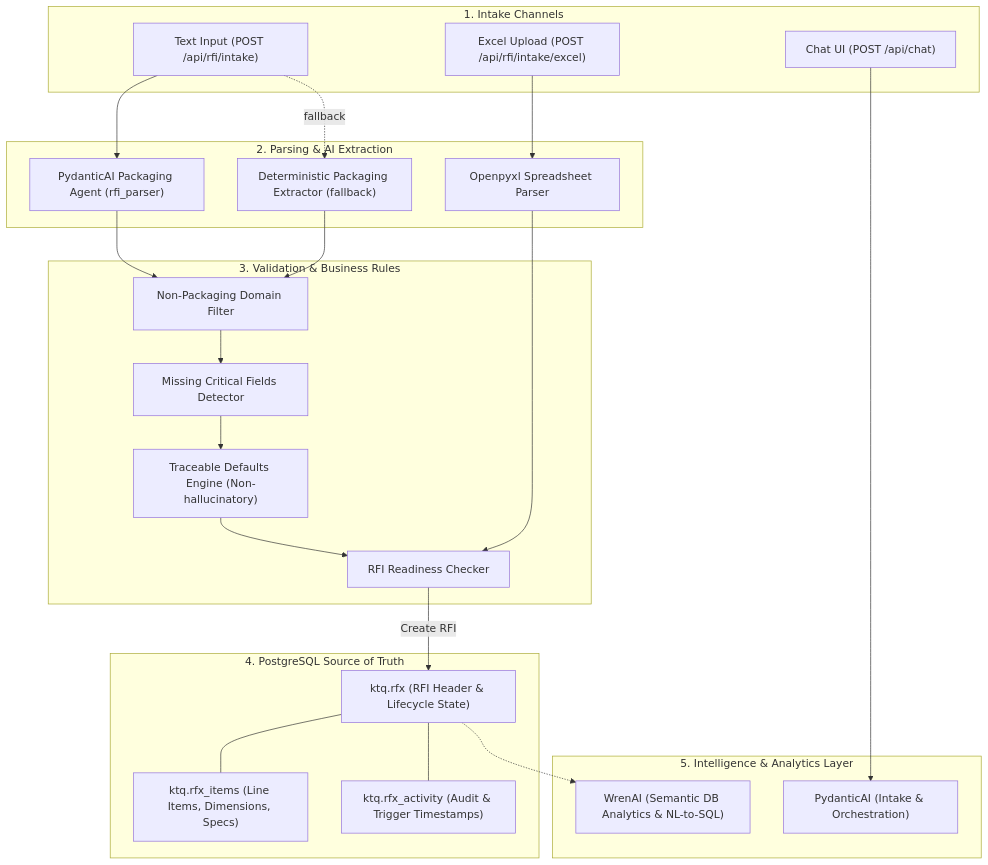
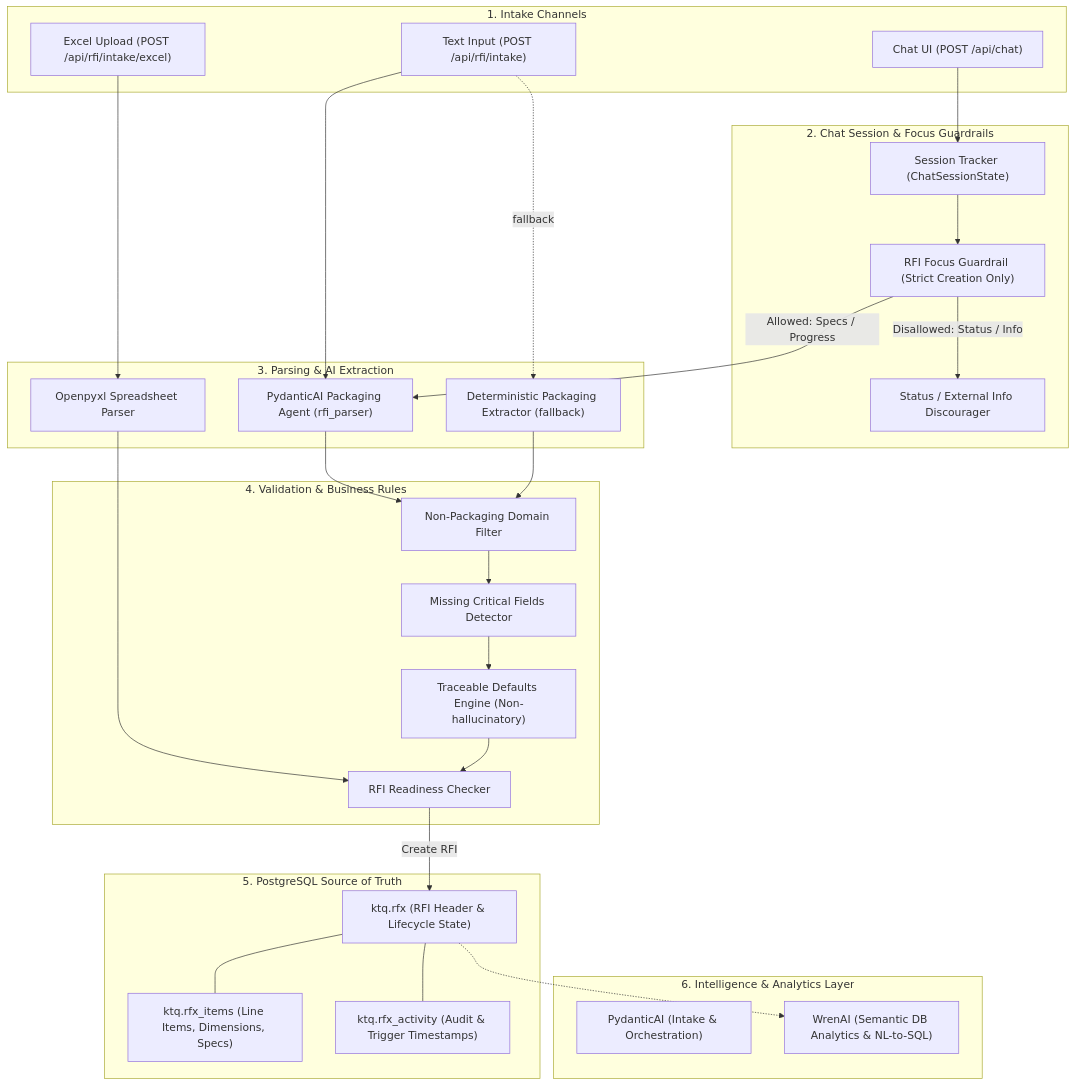
The diagram in architecture.md (akshaykumarar/ktq2), drawn with Mermaid before and after one commit. The commit also changed other lines of this file and 11 other files, not shown here.

Commit message:
fix: improve deterministic packaging extraction and multi-item RFI workflow parsing

````diff
--- a/architecture.md
+++ b/architecture.md
@@ -10,44 +10,52 @@
 ```mermaid
 flowchart TD
     subgraph Inputs["1. Intake Channels"]
         A1["Text Input (POST /api/rfi/intake)"]
         A2["Excel Upload (POST /api/rfi/intake/excel)"]
         A3["Chat UI (POST /api/chat)"]
     end
 
-    subgraph Processing["2. Parsing & AI Extraction"]
+    subgraph ChatOrchestration["2. Chat Session & Focus Guardrails"]
+        S1["Session Tracker (ChatSessionState)"]
+        S2["RFI Focus Guardrail (Strict Creation Only)"]
+        S3["Status / External Info Discourager"]
+    end
+
+    subgraph Processing["3. Parsing & AI Extraction"]
         B1["Openpyxl Spreadsheet Parser"]
         B2["PydanticAI Packaging Agent (rfi_parser)"]
         B3["Deterministic Packaging Extractor (fallback)"]
     end
 
-    subgraph Governance["3. Validation & Business Rules"]
+    subgraph Governance["4. Validation & Business Rules"]
         C1["Non-Packaging Domain Filter"]
         C2["Missing Critical Fields Detector"]
         C3["Traceable Defaults Engine (Non-hallucinatory)"]
         C4["RFI Readiness Checker"]
     end
 
-    subgraph Persistence["4. PostgreSQL Source of Truth"]
+    subgraph Persistence["5. PostgreSQL Source of Truth"]
         D1["ktq.rfx (RFI Header & Lifecycle State)"]
         D2["ktq.rfx_items (Line Items, Dimensions, Specs)"]
         D3["ktq.rfx_activity (Audit & Trigger Timestamps)"]
     end
 
-    subgraph Analytics["5. Intelligence & Analytics Layer"]
+    subgraph Analytics["6. Intelligence & Analytics Layer"]
         E1["PydanticAI (Intake & Orchestration)"]
         E2["WrenAI (Semantic DB Analytics & NL-to-SQL)"]
     end
 
     A1 --> B2
     A1 -. fallback .-> B3
     A2 --> B1 --> C4
-    A3 --> E1
+    A3 --> S1 --> S2
+    S2 -->|Disallowed: Status / Info| S3
+    S2 -->|Allowed: Specs / Progress| B2
     B2 --> C1
     B3 --> C1
     C1 --> C2 --> C3 --> C4
     C4 -->|Create RFI| D1
     D1 --- D2
     D1 --- D3
     D1 -.-> E2
 ```
````
